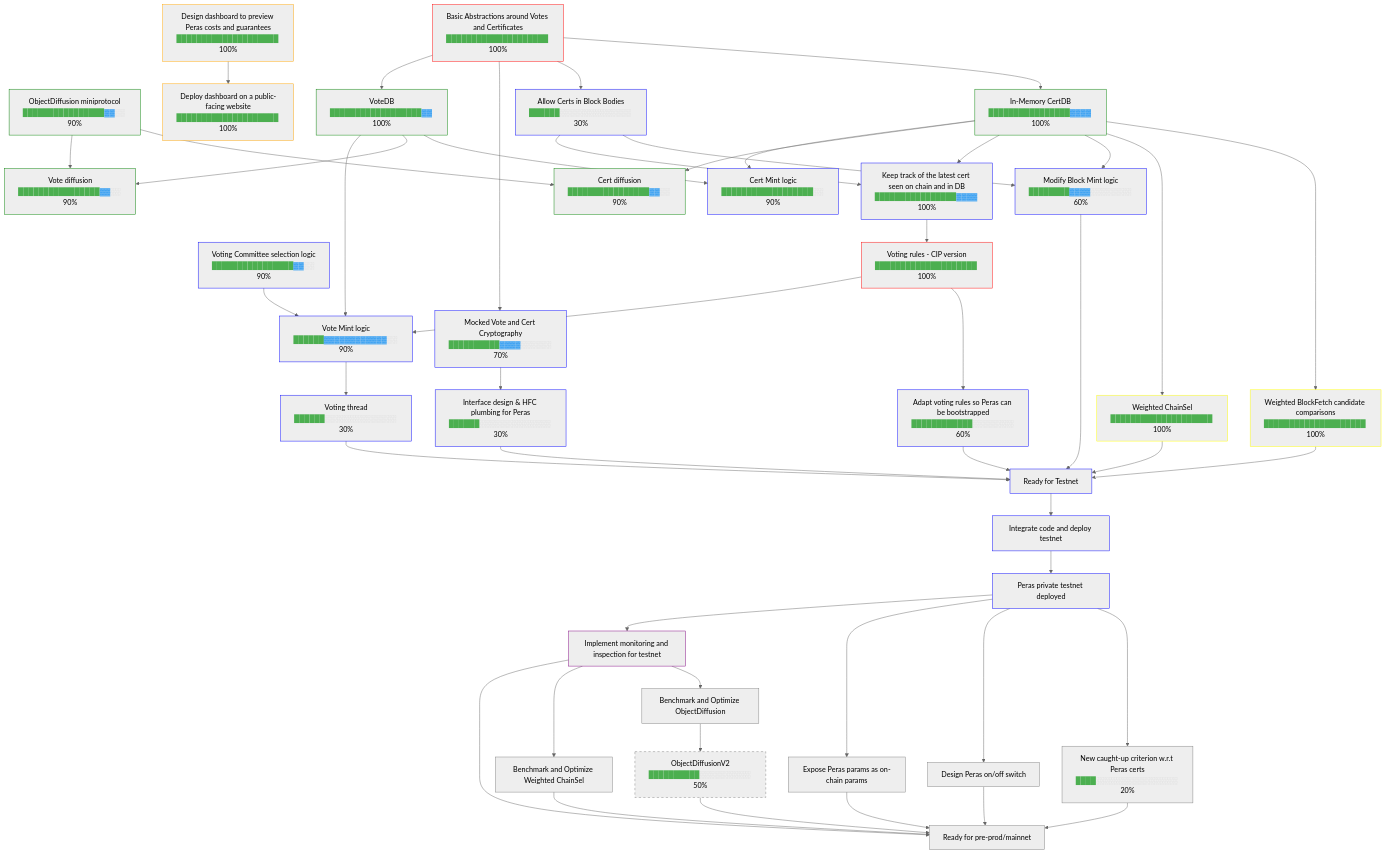
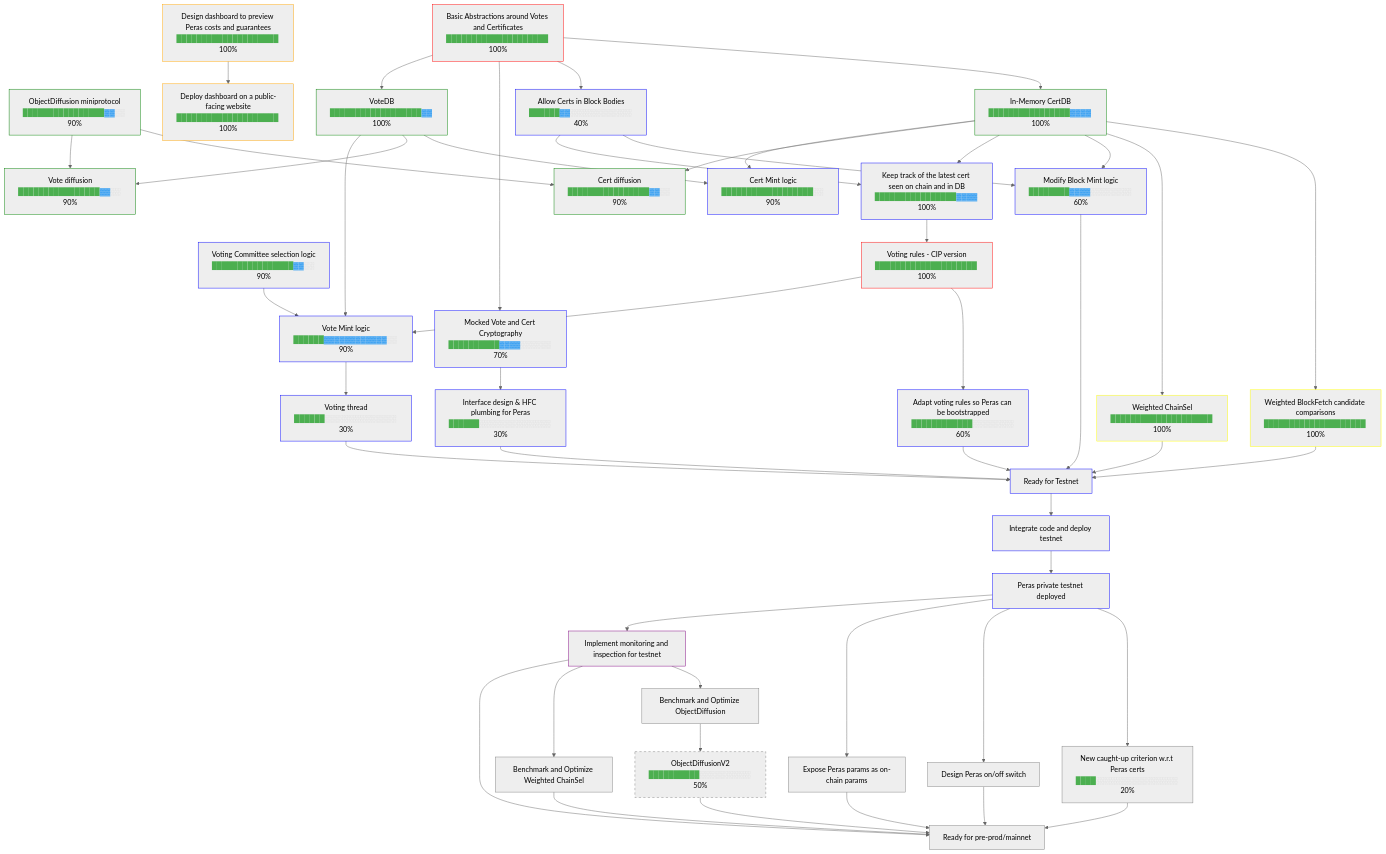
The diagram in docs/roadmap.md (tweag/cardano-peras), drawn with Mermaid (neutral theme) before and after one commit. The commit also changed 1 other file, not shown here.

Commit message:
add progress for Aleks progress on cert in block bodies

```diff
--- a/docs/roadmap.md
+++ b/docs/roadmap.md
@@ -16,7 +16,7 @@
   style CertDB stroke:green
   BasicAbstr --> CertDB
 
-  CertsInBlocks["Allow Certs in Block Bodies<br/><span style="color:#4caf50">██████</span><span style="color:#ccc">░░░░░░░░░░░░░░</span> 30%"]
+  CertsInBlocks["Allow Certs in Block Bodies<br/><span style="color:#4caf50">██████</span><span style="color:#2196f3">▓▓</span><span style="color:#ccc">░░░░░░░░░░░░</span> 40%"]
   style CertsInBlocks stroke:blue
   BasicAbstr --> CertsInBlocks
 
```
